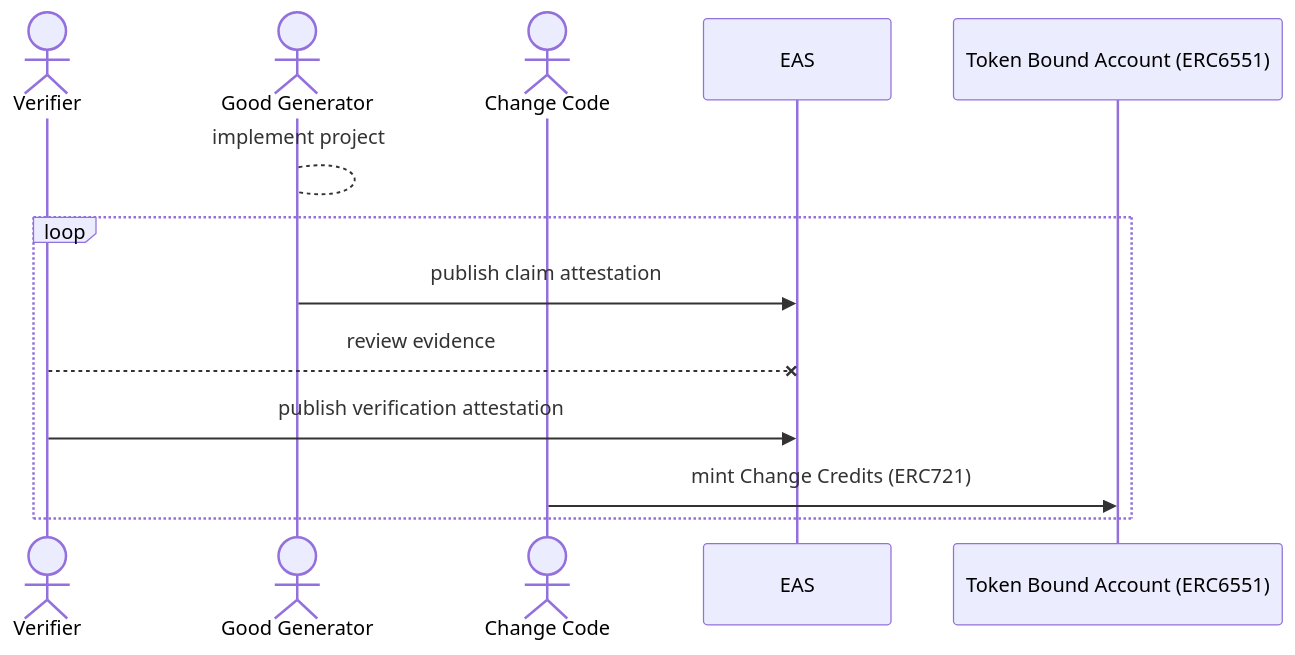
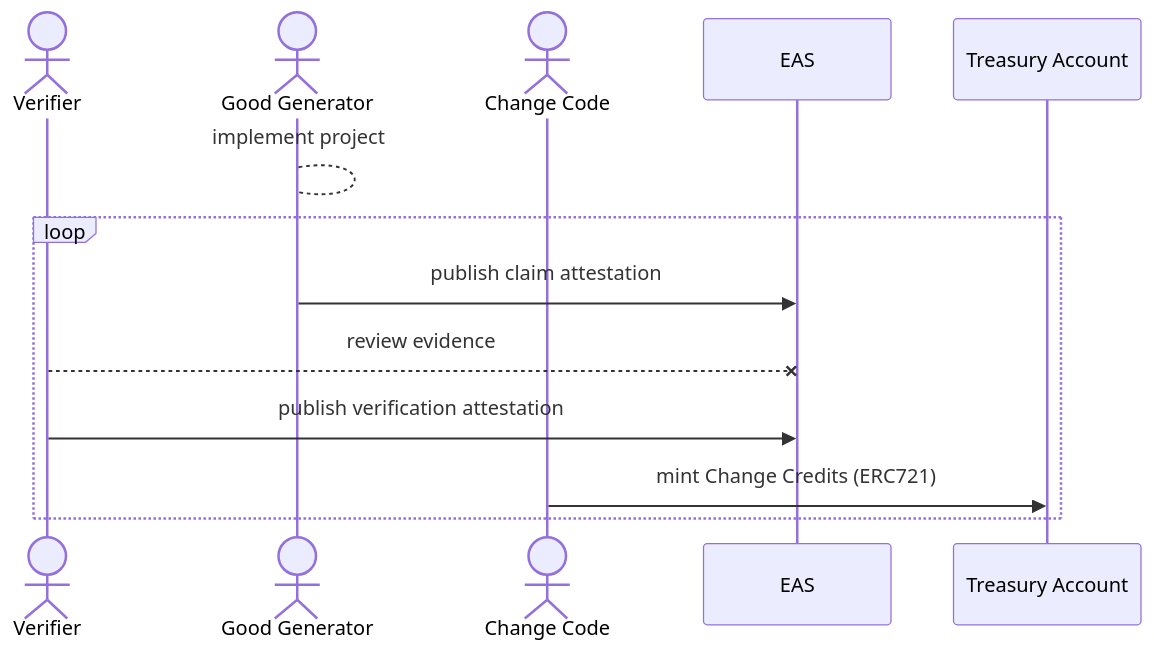
One commit to change-code-io/docs changed the diagram in change-credits/verification.md. Above: the diagram before and after it, drawn with Mermaid. The commit also changed 4 other files, not shown here.

Commit message:
cc retirement flow added, minor language updates

````diff
--- a/change-credits/verification.md
+++ b/change-credits/verification.md
@@ -16,15 +16,15 @@
 ```mermaid
 sequenceDiagram
     actor Verifier
     actor Good Generator
     actor Change Code
     participant EAS
-    participant Token Bound Account (ERC6551)
+    participant Treasury Account
     Good Generator-->Good Generator: implement project
     loop
         Good Generator->>EAS: publish claim attestation
         Verifier--xEAS: review evidence
         Verifier->>EAS: publish verification attestation
-        Change Code->>Token Bound Account (ERC6551): mint Change Credits (ERC721)
+        Change Code->>Treasury Account: mint Change Credits (ERC721)
     end
 ```
````
